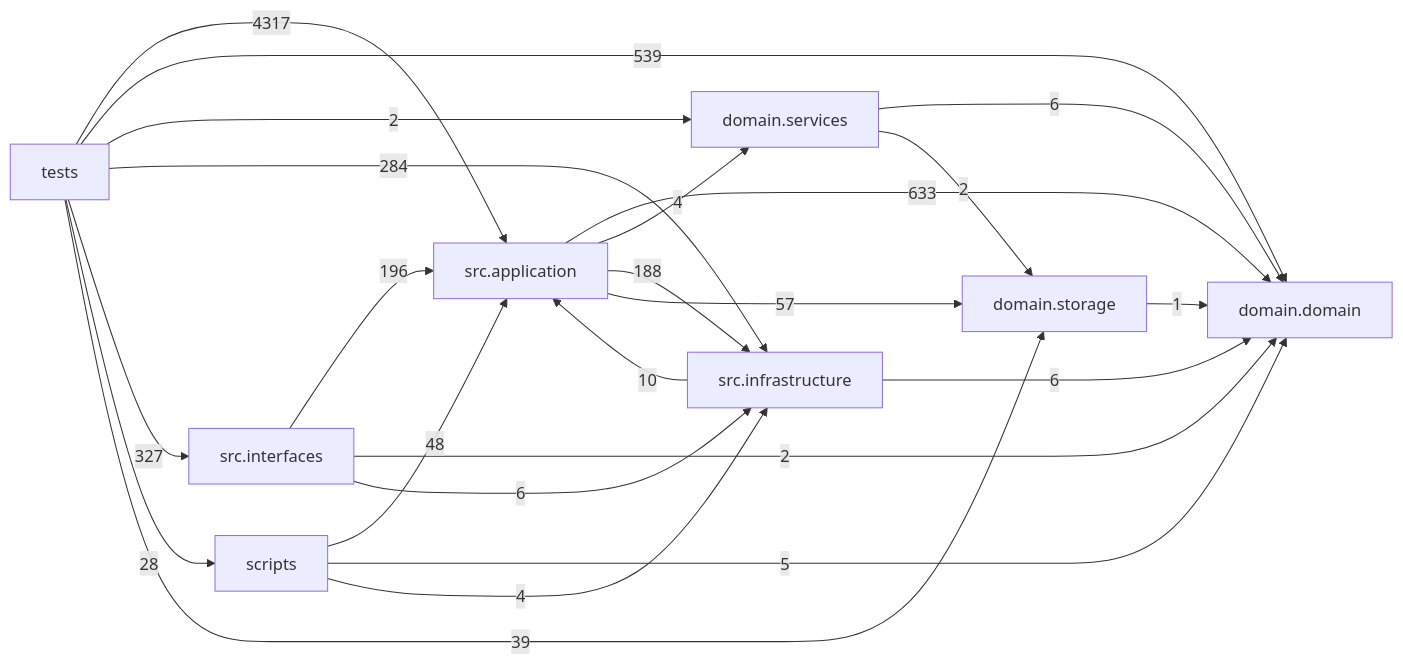
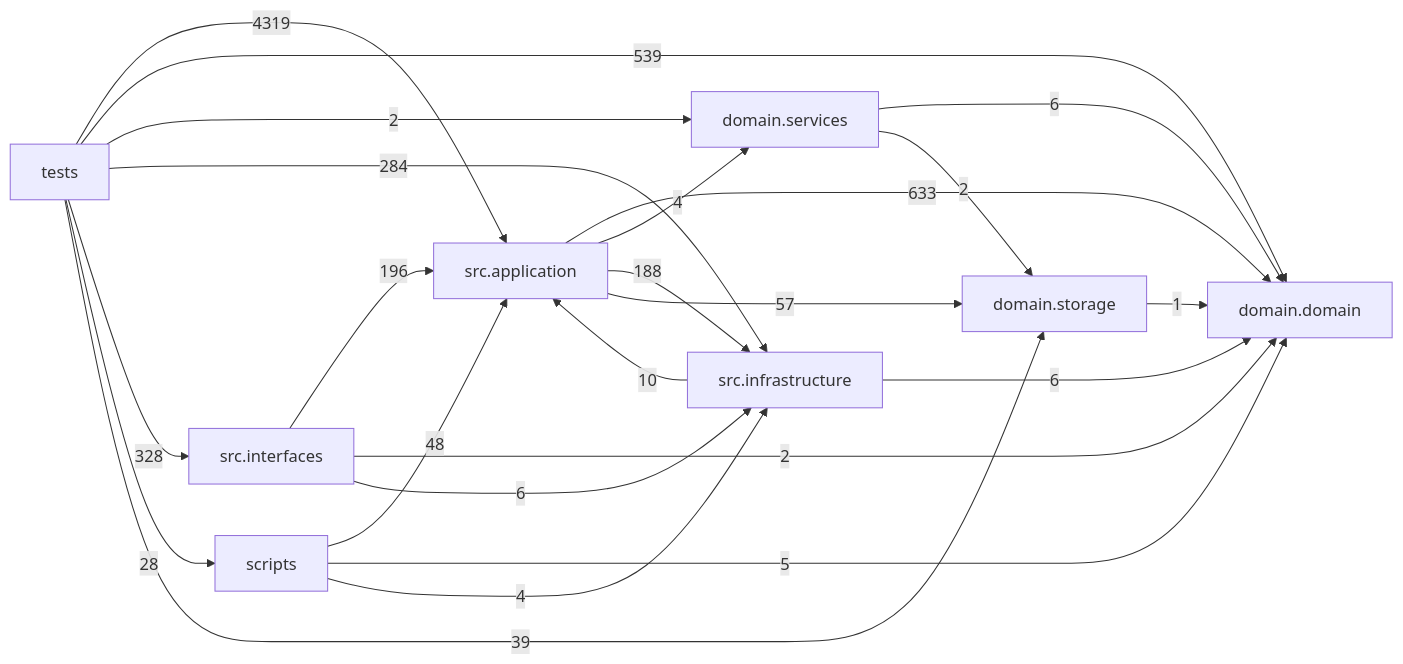
The diagram in docs/DEPENDENCY_GRAPH.md (liuxie066/options-monitor), drawn with Mermaid before and after one commit. The commit also changed other lines of this file and 7 other files, not shown here.

````diff
--- a/docs/DEPENDENCY_GRAPH.md
+++ b/docs/DEPENDENCY_GRAPH.md
@@ -24,33 +24,33 @@
 ```mermaid
 flowchart LR
   tests["tests"]
   scripts["scripts"]
   interfaces["src.interfaces"]
   application["src.application"]
   infrastructure["src.infrastructure"]
   domain_services["domain.services"]
   domain["domain.domain"]
   storage["domain.storage"]
   application -->|633| domain
   application -->|4| domain_services
   application -->|188| infrastructure
   application -->|57| storage
   domain_services -->|6| domain
   domain_services -->|2| storage
   infrastructure -->|10| application
   infrastructure -->|6| domain
   interfaces -->|196| application
   interfaces -->|2| domain
   interfaces -->|6| infrastructure
   scripts -->|48| application
   scripts -->|5| domain
   scripts -->|4| infrastructure
   storage -->|1| domain
-  tests -->|4317| application
+  tests -->|4319| application
   tests -->|539| domain
   tests -->|2| domain_services
   tests -->|284| infrastructure
-  tests -->|327| interfaces
+  tests -->|328| interfaces
   tests -->|28| scripts
   tests -->|39| storage
 ```
````
